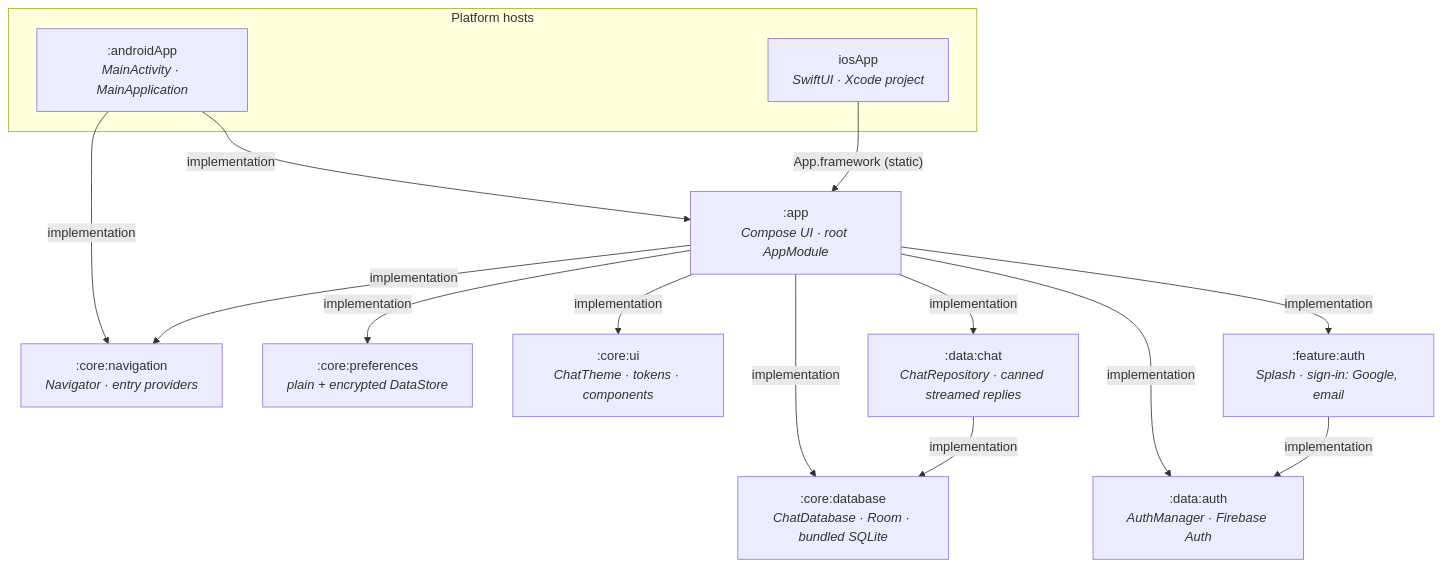
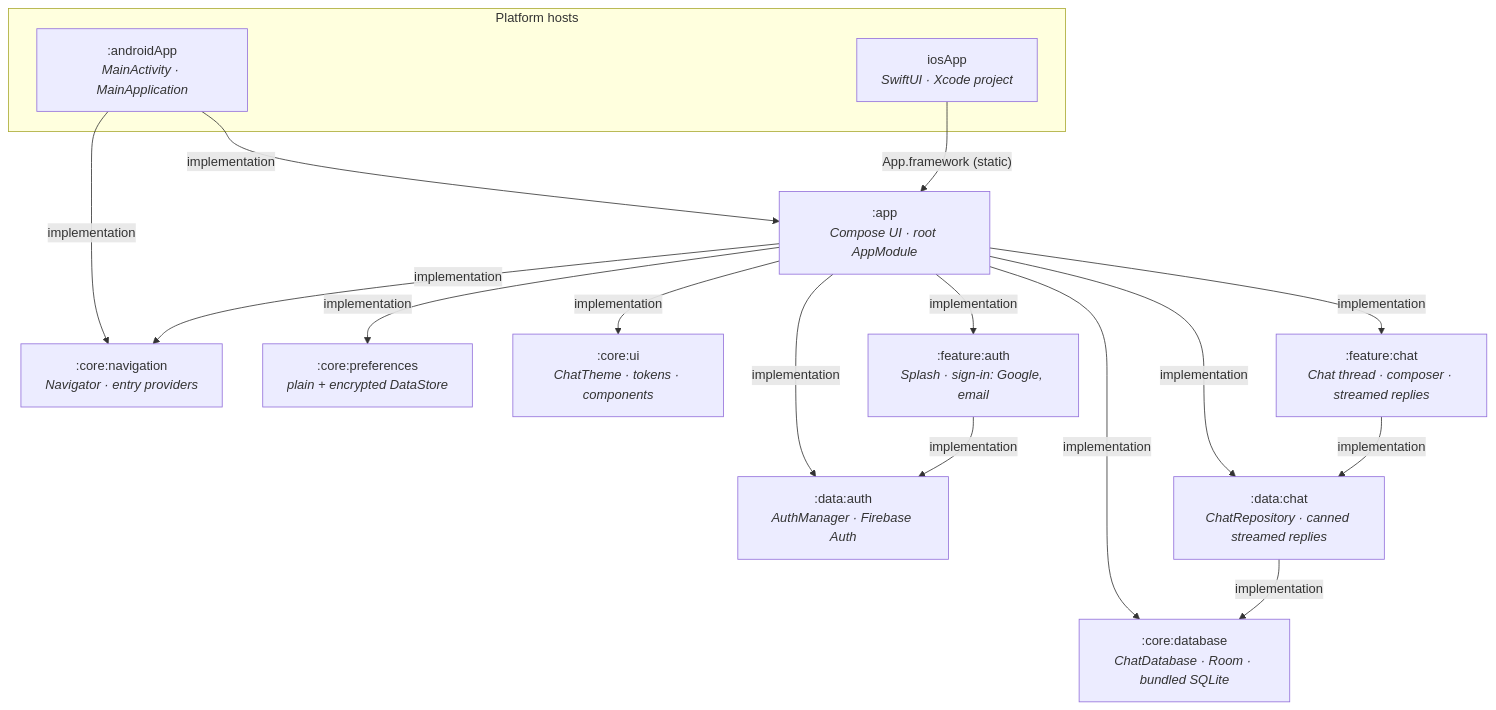
The diagram in README.md (weslley-poatek/chat), drawn with Mermaid before and after one commit. The commit also changed other lines of this file and 51 other files, not shown here.

Commit message:
✨ feat: Add feature:chat with the chat thread screen in place of the starter home screen.

````diff
--- a/README.md
+++ b/README.md
@@ -84,29 +85,32 @@
 ```mermaid
 flowchart TD
     subgraph hosts ["Platform hosts"]
         androidApp[":androidApp<br/><i>MainActivity · MainApplication</i>"]
         iosApp["iosApp<br/><i>SwiftUI · Xcode project</i>"]
     end
 
     app[":app<br/><i>Compose UI · root AppModule</i>"]
     db[":core:database<br/><i>ChatDatabase · Room · bundled SQLite</i>"]
     nav[":core:navigation<br/><i>Navigator · entry providers</i>"]
     prefs[":core:preferences<br/><i>plain + encrypted DataStore</i>"]
     ui[":core:ui<br/><i>ChatTheme · tokens · components</i>"]
     featureAuth[":feature:auth<br/><i>Splash · sign-in: Google, email</i>"]
+    featureChat[":feature:chat<br/><i>Chat thread · composer · streamed replies</i>"]
     dataAuth[":data:auth<br/><i>AuthManager · Firebase Auth</i>"]
     dataChat[":data:chat<br/><i>ChatRepository · canned streamed replies</i>"]
 
     androidApp -- "implementation" --> app
     androidApp -- "implementation" --> nav
     iosApp -- "App.framework (static)" --> app
     app -- "implementation" --> db
     app -- "implementation" --> nav
     app -- "implementation" --> prefs
     app -- "implementation" --> ui
     app -- "implementation" --> featureAuth
+    app -- "implementation" --> featureChat
     app -- "implementation" --> dataAuth
     app -- "implementation" --> dataChat
     featureAuth -- "implementation" --> dataAuth
+    featureChat -- "implementation" --> dataChat
     dataChat -- "implementation" --> db
 ```
````
